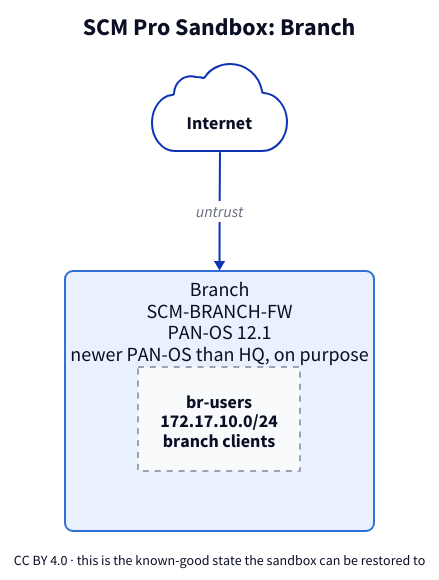
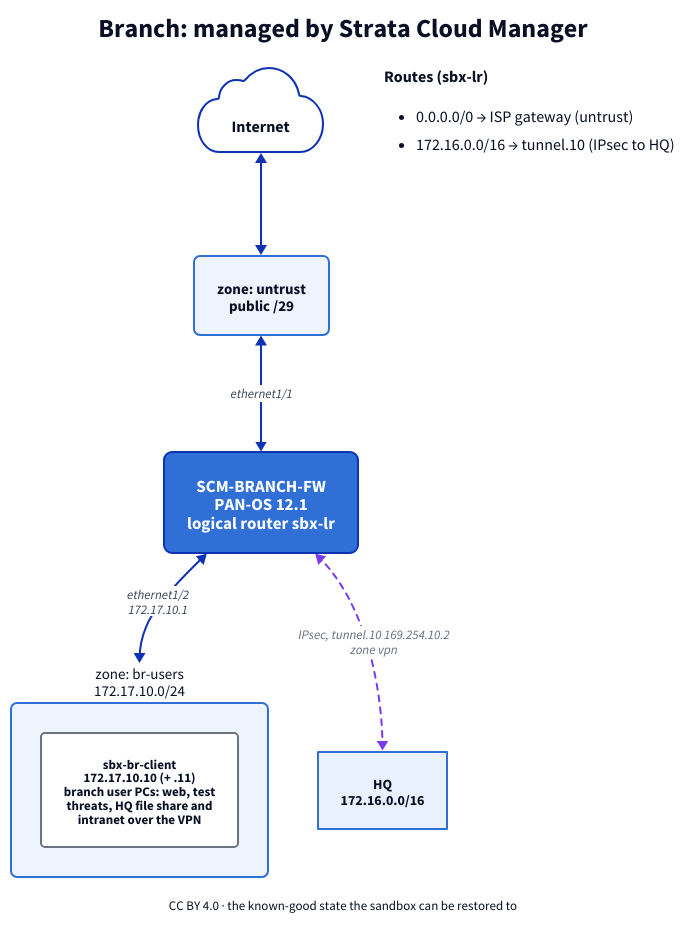
The diagram in drawings/branch.d2 (gegrsyn/SCMPro-Sandbox), drawn with D2 before and after one commit. The commit also changed 10 other files, not shown here.

```diff
--- a/drawings/branch.d2
+++ b/drawings/branch.d2
@@ -1,15 +1,32 @@
 direction: down
-title: "SCM Pro Sandbox: Branch" {near: top-center; shape: text; style.font-size: 24; style.bold: true}
+classes: {
+  fw-scm: {style: {fill: "#2f6fd6"; font-color: "#ffffff"; font-size: 17; bold: true; border-radius: 8}}
+  fw-pano: {style: {fill: "#d9822b"; font-color: "#ffffff"; font-size: 17; bold: true; border-radius: 8}}
+  zone-scm: {style: {fill: "#eef4fd"; stroke: "#2f6fd6"; border-radius: 6; font-size: 15}}
+  zone-pano: {style: {fill: "#fef6ee"; stroke: "#d9822b"; border-radius: 6; font-size: 15}}
+  host: {style: {fill: "#ffffff"; stroke: "#6b7280"; font-size: 13; border-radius: 4}}
+  site-scm: {style: {fill: "#e8f1fd"; stroke: "#2f6fd6"; font-size: 14}}
+  site-pano: {style: {fill: "#fdf1e6"; stroke: "#d9822b"; font-size: 14}}
+  link: {style: {font-size: 13; font-color: "#374151"}}
+  vpn: {style: {stroke: "#7c3aed"; stroke-dash: 3; font-size: 13}}
+}
+title: "Branch: managed by Strata Cloud Manager" {near: top-center; shape: text; style: {font-size: 26; bold: true}}
 
-internet: {
-  label: "Internet"
-  shape: cloud; style: {font-size: 18}
+fw: "SCM-BRANCH-FW\nPAN-OS 12.1\nlogical router sbx-lr" {class: fw-scm}
+internet: "Internet" {shape: cloud; style.font-size: 16}
+untrust: "zone: untrust\npublic /29" {class: zone-scm}
+internet <-> untrust
+untrust <-> fw: "ethernet1/1" {class: link}
+br-users: "zone: br-users\n172.17.10.0/24" {
+  class: zone-scm
+  sbx-br-client: "sbx-br-client\n172.17.10.10  (+ .11)\nbranch user PCs: web, test\nthreats, HQ file share and\nintranet over the VPN" {class: host}
 }
-fw: {
-  label: "Branch\nSCM-BRANCH-FW\nPAN-OS 12.1\nnewer PAN-OS than HQ, on purpose"
-  style: {fill: "#e8f1fd"; stroke: "#2f6fd6"; border-radius: 8; font-size: 20}
-  grid-columns: 2
-  br-users: "br-users\n172.17.10.0/24\nbranch clients" {style: {fill: "#f8fafc"; stroke: "#9aa3af"; stroke-dash: 3; font-size: 18}}
-}
-internet -> fw: "untrust" {style: {font-size: 16}}
-foot: "CC BY 4.0 · this is the known-good state the sandbox can be restored to" {shape: text; near: bottom-center; style.font-size: 14}
+fw <-> br-users: "ethernet1/2\n172.17.10.1" {class: link}
+hq: "HQ\n172.16.0.0/16" {class: site-scm}
+fw <-> hq: "IPsec, tunnel.10 169.254.10.2\nzone vpn" {class: vpn}
+routes: |md
+  **Routes (sbx-lr)**
+  - 0.0.0.0/0 → ISP gateway (untrust)
+  - 172.16.0.0/16 → tunnel.10 (IPsec to HQ)
+|
+foot: "CC BY 4.0 · the known-good state the sandbox can be restored to" {shape: text; near: bottom-center; style.font-size: 13}
```
